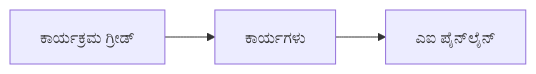
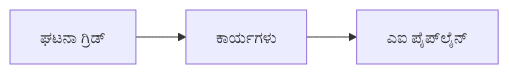
The second of 2 diagrams in translations/kn/docs/chapter-08-production/README.md (microsoft/AZD-for-beginners), drawn with Mermaid before and after one commit. The commit also changed other lines of this file and 104 other files, not shown here.

````diff
--- a/translations/kn/docs/chapter-08-production/README.md
+++ b/translations/kn/docs/chapter-08-production/README.md
@@ -56,4 +57,4 @@
 ```mermaid
 graph LR
-    EventGrid[ಕಾರ್ಯಕ್ರಮ ಗ್ರೀಡ್] --> Functions[ಕಾರ್ಯಗಳು] --> Pipeline[ಎಐ ಪೈನ್‌ಲೈನ್]
+    EventGrid[ಘಟನಾ ಗ್ರಿಡ್] --> Functions[ಕಾರ್ಯಗಳು] --> Pipeline[ಎಐ ಪೈಪ್‌ಲೈನ್]
 ```
````
